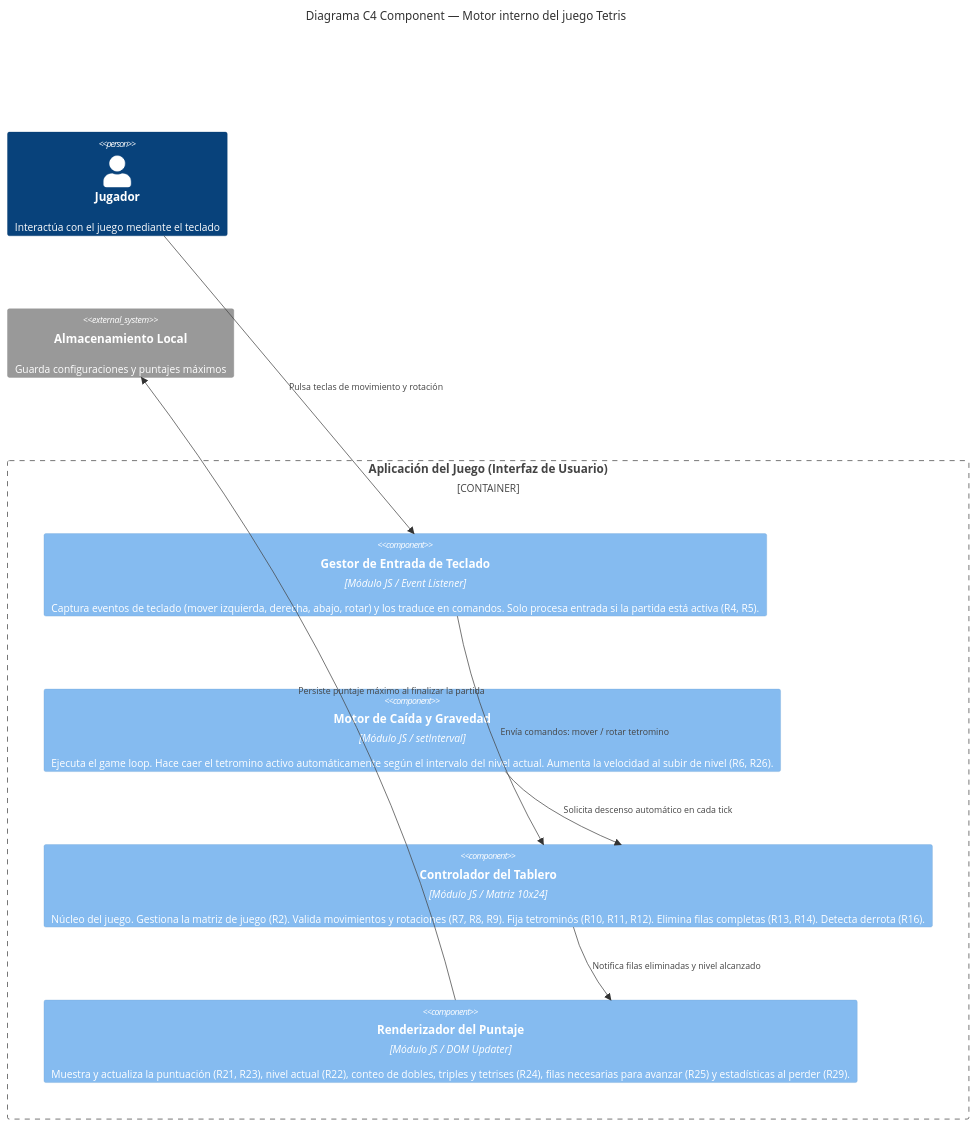
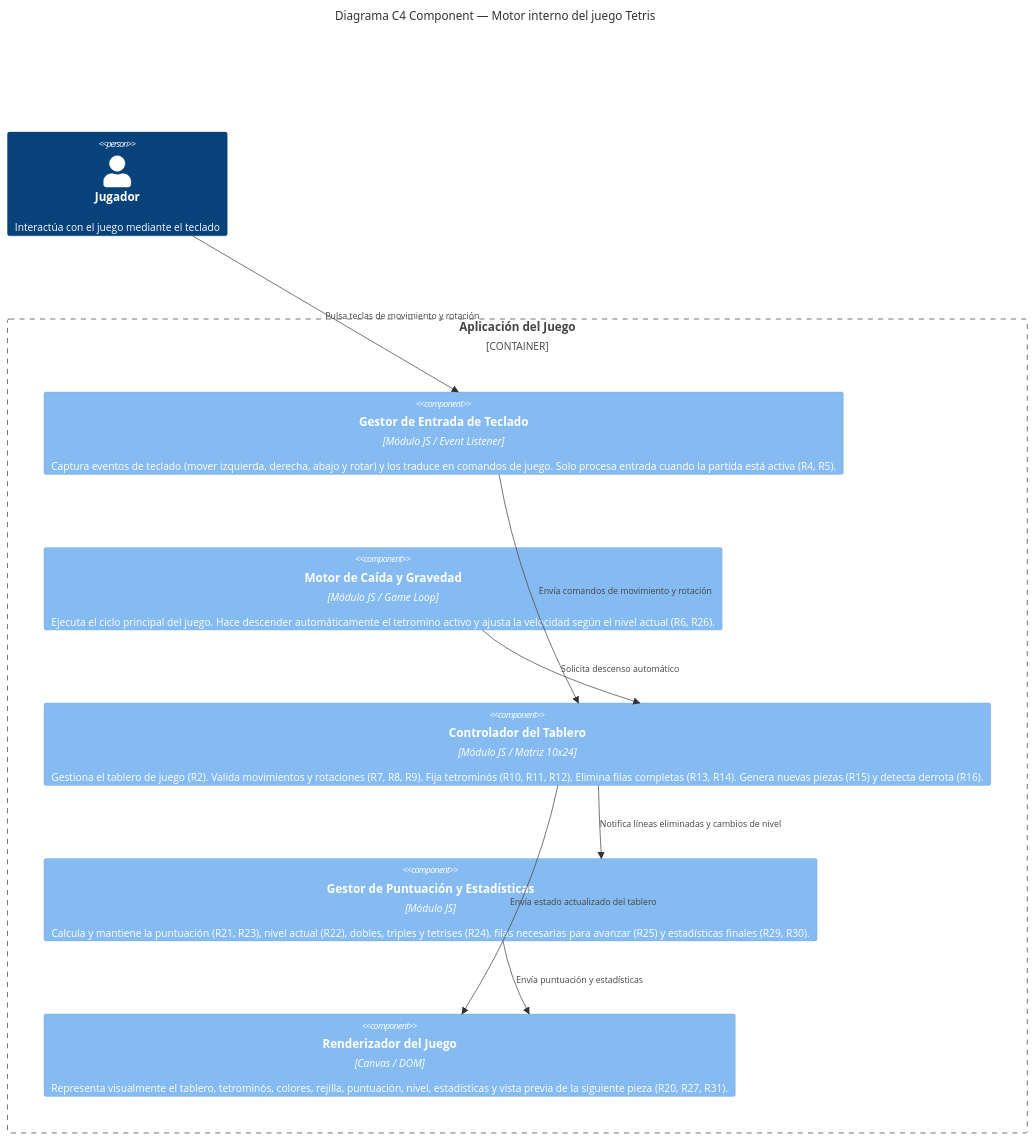
One commit to stalinab/tetris-c4-grupo5 changed the third of 4 diagrams in README.md. Above: the diagram before and after it, drawn with Mermaid. The commit also changed other lines of this file and 3 other files, not shown here.

Commit message:
refactor: separate score and statistics management from core game logic in architecture documentation

````diff
--- a/README.md
+++ b/README.md
@@ -127,17 +128,18 @@
 ```mermaid
 C4Component
     title Diagrama C4 Component — Motor interno del juego Tetris
-    Container_Boundary(tetrisApp, "Aplicación del Juego (Interfaz de Usuario)") {
-        Component(inputManager, "Gestor de Entrada de Teclado", "Módulo JS / Event Listener", "Captura eventos de teclado (mover izquierda, derecha, abajo, rotar) y los traduce en comandos. Solo procesa entrada si la partida está activa (R4, R5).")
-        Component(gravityEngine, "Motor de Caída y Gravedad", "Módulo JS / setInterval", "Ejecuta el game loop. Hace caer el tetromino activo automáticamente según el intervalo del nivel actual. Aumenta la velocidad al subir de nivel (R6, R26).")
-        Component(boardController, "Controlador del Tablero", "Módulo JS / Matriz 10x24", "Núcleo del juego. Gestiona la matriz de juego (R2). Valida movimientos y rotaciones (R7, R8, R9). Fija tetrominós (R10, R11, R12). Elimina filas completas (R13, R14). Detecta derrota (R16).")
-        Component(scoreRenderer, "Renderizador del Puntaje", "Módulo JS / DOM Updater", "Muestra y actualiza la puntuación (R21, R23), nivel actual (R22), conteo de dobles, triples y tetrises (R24), filas necesarias para avanzar (R25) y estadísticas al perder (R29).")
+    Container_Boundary(tetrisApp, "Aplicación del Juego") {
+        Component(inputManager, "Gestor de Entrada de Teclado", "Módulo JS / Event Listener", "Captura eventos de teclado (mover izquierda, derecha, abajo y rotar) y los traduce en comandos de juego. Solo procesa entrada cuando la partida está activa (R4, R5).")
+        Component(gravityEngine, "Motor de Caída y Gravedad", "Módulo JS / Game Loop", "Ejecuta el ciclo principal del juego. Hace descender automáticamente el tetromino activo y ajusta la velocidad según el nivel actual (R6, R26).")
+        Component(boardController, "Controlador del Tablero", "Módulo JS / Matriz 10x24", "Gestiona el tablero de juego (R2). Valida movimientos y rotaciones (R7, R8, R9). Fija tetrominós (R10, R11, R12). Elimina filas completas (R13, R14). Genera nuevas piezas (R15) y detecta derrota (R16).")
+        Component(scoreManager, "Gestor de Puntuación y Estadísticas", "Módulo JS", "Calcula y mantiene la puntuación (R21, R23), nivel actual (R22), dobles, triples y tetrises (R24), filas necesarias para avanzar (R25) y estadísticas finales (R29, R30).")
+        Component(renderer, "Renderizador del Juego", "Canvas / DOM", "Representa visualmente el tablero, tetrominós, colores, rejilla, puntuación, nivel, estadísticas y vista previa de la siguiente pieza (R20, R27, R31).")
     }
     Person(player, "Jugador", "Interactúa con el juego mediante el teclado")
-    System_Ext(localStorage, "Almacenamiento Local", "Guarda configuraciones y puntajes máximos")
     Rel(player, inputManager, "Pulsa teclas de movimiento y rotación")
-    Rel(inputManager, boardController, "Envía comandos: mover / rotar tetromino")
-    Rel(gravityEngine, boardController, "Solicita descenso automático en cada tick")
-    Rel(boardController, scoreRenderer, "Notifica filas eliminadas y nivel alcanzado")
-    Rel(scoreRenderer, localStorage, "Persiste puntaje máximo al finalizar la partida")
+    Rel(inputManager, boardController, "Envía comandos de movimiento y rotación")
+    Rel(gravityEngine, boardController, "Solicita descenso automático")
+    Rel(boardController, scoreManager, "Notifica líneas eliminadas y cambios de nivel")
+    Rel(boardController, renderer, "Envía estado actualizado del tablero")
+    Rel(scoreManager, renderer, "Envía puntuación y estadísticas")
 ```
````
